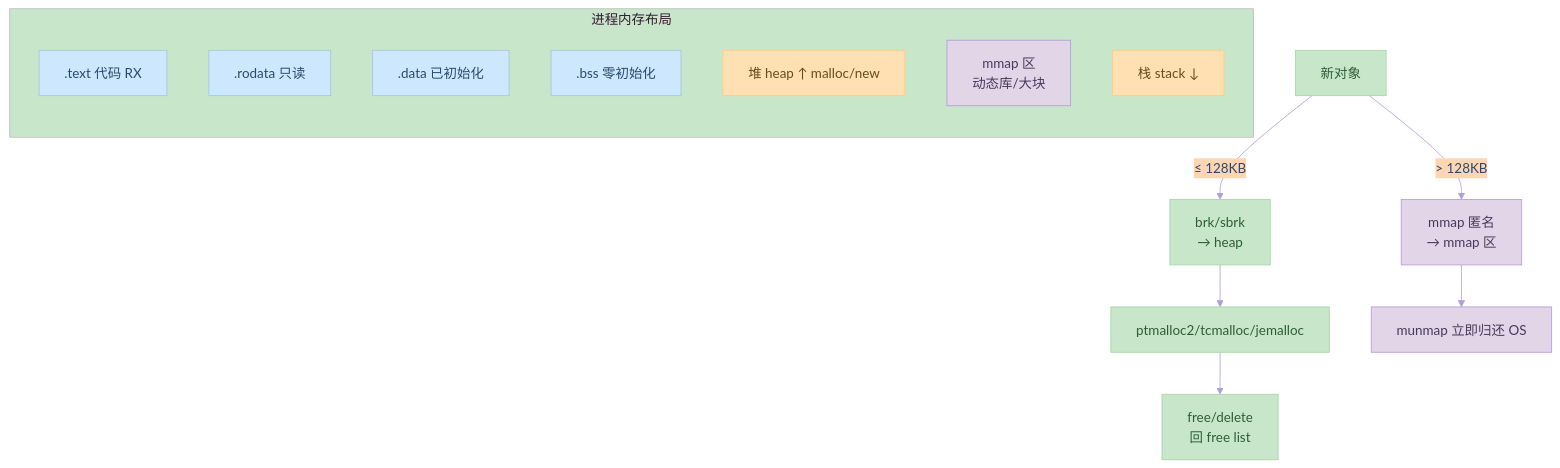
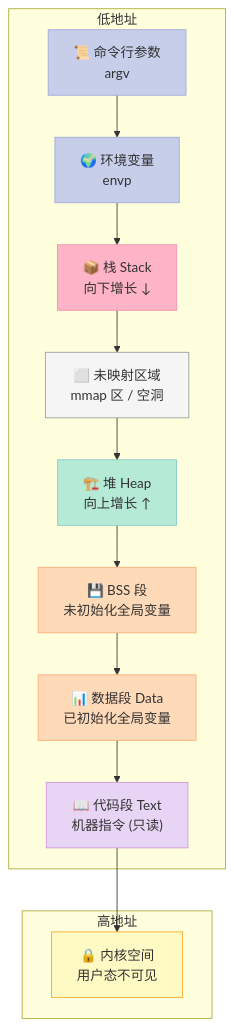
Before and after one commit to xuqi2024/xuqi2024.github.io: the first of 7 diagrams in source/_posts/09-内存管理.md, drawn with Mermaid. The commit also changed other lines of this file and 12 other files, not shown here.

````diff
--- a/source/_posts/09-内存管理.md
+++ b/source/_posts/09-内存管理.md
@@ -513,29 +49,28 @@
 ```mermaid
-%%{init: {'theme':'base', 'themeVariables': {'primaryColor':'#CDE7FF','primaryTextColor':'#2A4A6B','primaryBorderColor':'#A8C5E0','lineColor':'#B39DDB','secondaryColor':'#FFD6B2','tertiaryColor':'#C8E6C9'}}}%%
-flowchart TB
-    subgraph PROC["进程内存布局"]
-    direction TB
-    TEXT[".text 代码 RX"]
-    RODATA[".rodata 只读"]
-    DATA[".data 已初始化"]
-    BSS[".bss 零初始化"]
-    HEAP["堆 heap ↑ malloc/new"]
-    MMAP["mmap 区<br/>动态库/大块"]
-    STK["栈 stack ↓"]
+graph TB
+    subgraph "低地址"
+        A["📜 命令行参数<br/>argv"]
+        B["🌍 环境变量<br/>envp"]
+        C["📦 栈 Stack<br/>向下增长 ↓"]
+        D["⬜ 未映射区域<br/>mmap 区 / 空洞"]
+        E["🏗️ 堆 Heap<br/>向上增长 ↑"]
+        F["💾 BSS 段<br/>未初始化全局变量"]
+        G["📊 数据段 Data<br/>已初始化全局变量"]
+        H["📖 代码段 Text<br/>机器指令 (只读)"]
+    end
+    subgraph "高地址"
+        K["🔒 内核空间<br/>用户态不可见"]
     end
 
-    NEW[新对象] -->|≤ 128KB| MAL["brk/sbrk<br/>→ heap"]
-    NEW -->|> 128KB| MMAP2["mmap 匿名<br/>→ mmap 区"]
-    MAL --> A1["ptmalloc2/tcmalloc/jemalloc"]
-    A1 --> FREE["free/delete<br/>回 free list"]
-    MMAP2 --> UMAP["munmap 立即归还 OS"]
+    A --> B --> C --> D --> E --> F --> G --> H --> K
 
-    classDef code fill:#CDE7FF,stroke:#A8C5E0,color:#2A4A6B
-    classDef heap fill:#FFE0B2,stroke:#FFCC80,color:#6B4A1F
-    classDef map fill:#E1D5E7,stroke:#B39DDB,color:#4A3A5D
-    classDef algo fill:#C8E6C9,stroke:#A5D6A7,color:#2E5D3A
-    class TEXT,RODATA,DATA,BSS code
-    class HEAP,STK heap
-    class MMAP,MMAP2,UMAP map
-    class MAL,A1,FREE,NEW algo
+    style A fill:#C7CEEA,stroke:#9FA8DA,color:#333
+    style B fill:#C7CEEA,stroke:#9FA8DA,color:#333
+    style C fill:#FFB3C6,stroke:#F48FB1,color:#333
+    style D fill:#F5F5F5,stroke:#999,color:#333
+    style E fill:#B5EAD7,stroke:#80CBC4,color:#333
+    style F fill:#FFDAB9,stroke:#FFAB76,color:#333
+    style G fill:#FFDAB9,stroke:#FFAB76,color:#333
+    style H fill:#E8D5F5,stroke:#CE93D8,color:#333
+    style K fill:#FFF9C4,stroke:#F9A825,color:#333
 ```
````
